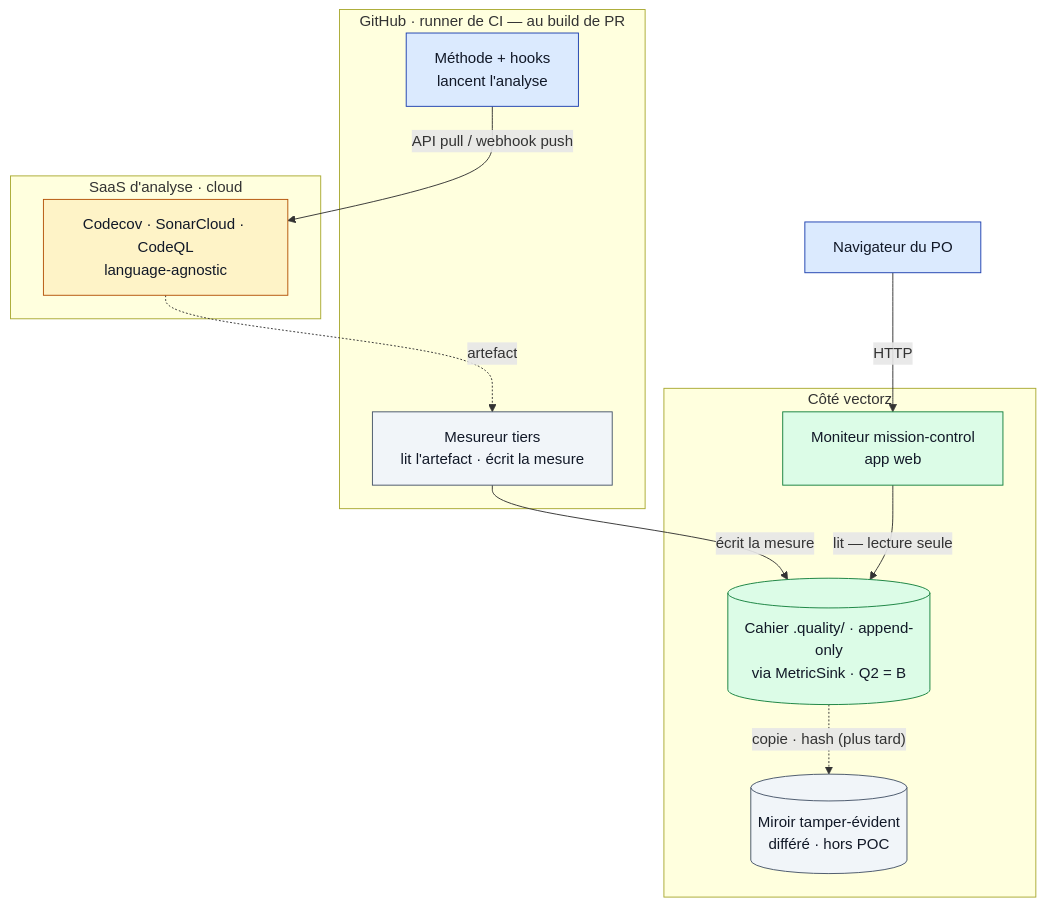
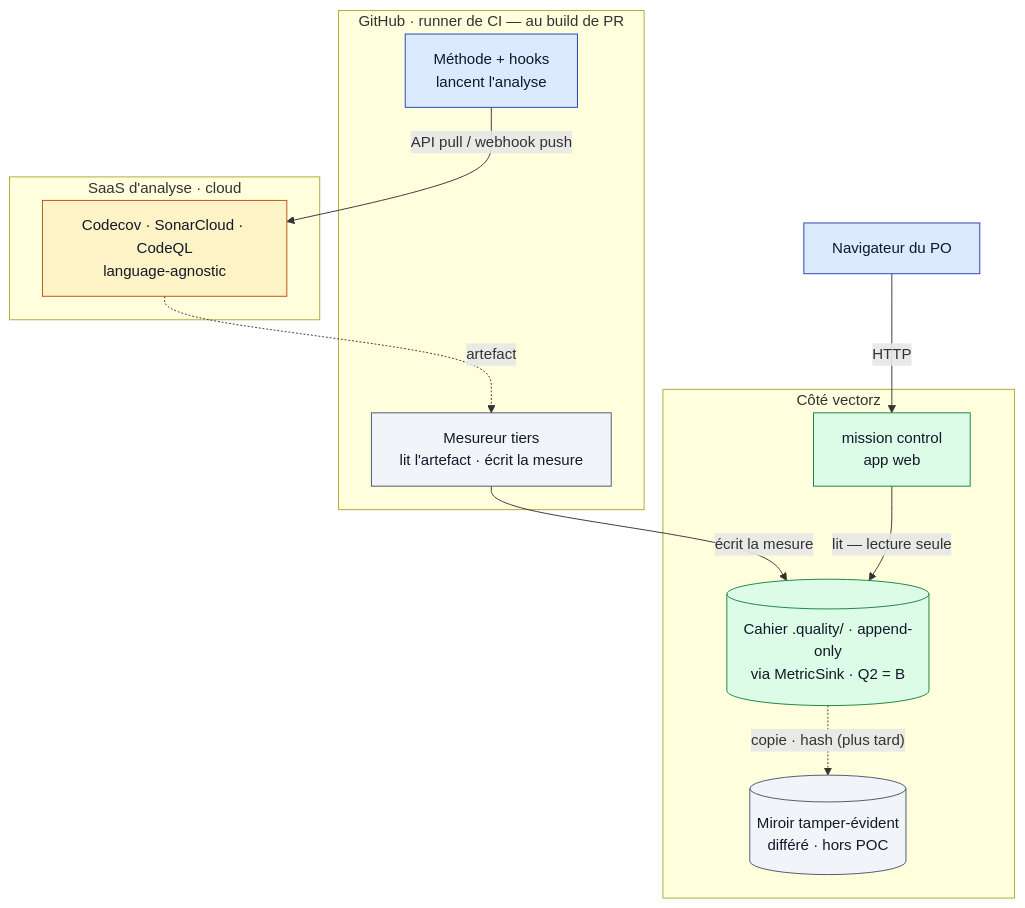
Before and after one commit to elzinko/vectorz: the diagram in diagrams/qualite-deploiement/README.md, drawn with Mermaid. The commit also changed other lines of this file and 49 other files, not shown here.

````diff
--- a/diagrams/qualite-deploiement/README.md
+++ b/diagrams/qualite-deploiement/README.md
@@ -25,36 +25,36 @@
 ```mermaid
 flowchart TD
     classDef exec fill:#dbeafe,stroke:#1e40af,color:#111827;
     classDef cloud fill:#fef3c7,stroke:#b45309,color:#111827;
     classDef vectorz fill:#dcfce7,stroke:#15803d,color:#111827;
     classDef neutre fill:#f1f5f9,stroke:#475569,color:#111827;
 
     subgraph CI[GitHub · runner de CI — au build de PR]
         MH["Méthode + hooks<br/>lancent l'analyse"]
         TR["Mesureur tiers<br/>lit l'artefact · écrit la mesure"]
     end
     subgraph CLOUD[SaaS d'analyse · cloud]
         T["Codecov · SonarCloud · CodeQL<br/>language-agnostic"]
     end
     subgraph VZ[Côté vectorz]
         S[("Cahier .quality/ · append-only<br/>via MetricSink · Q2 = B")]
         MIR[("Miroir tamper-évident<br/>différé · hors POC")]
-        WEB["Moniteur mission-control<br/>app web"]
+        WEB["mission control<br/>app web"]
     end
     B["Navigateur du PO"]
 
     MH -->|"API pull / webhook push"| T
     T -.->|artefact| TR
     TR -->|écrit la mesure| S
     S -.->|"copie · hash (plus tard)"| MIR
     WEB -->|"lit — lecture seule"| S
     B -->|HTTP| WEB
 
     class MH exec;
     class TR neutre;
     class T cloud;
     class S,WEB vectorz;
     class MIR neutre;
     class B exec;
 
 ```
````
